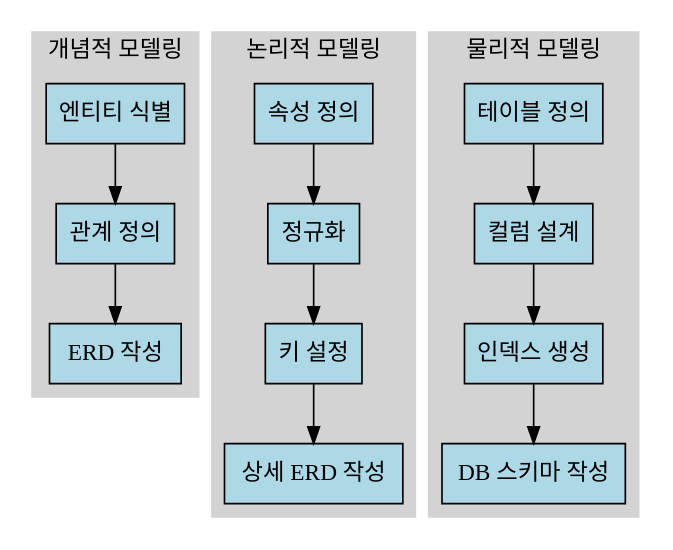
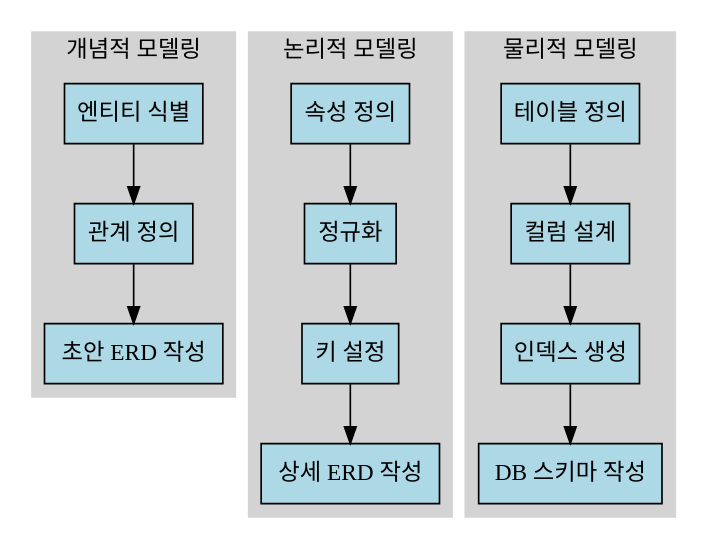
One commit to kmink3225/blog changed the diagram in docs/blog/posts/Governance/4-0.data_model.qmd. Above: the diagram before and after it, drawn with Graphviz. The commit also changed other lines of this file and 43 other files, not shown here.

````diff
--- a/docs/blog/posts/Governance/4-0.data_model.qmd
+++ b/docs/blog/posts/Governance/4-0.data_model.qmd
@@ -66,30 +66,30 @@
 ```{dot}
 digraph G {
     rankdir=TB;
     node [shape=box, style=filled, fillcolor=lightblue];
     
     subgraph cluster_0 {
         label = "개념적 모델링";
         style=filled;
         color=lightgrey;
-        "엔티티 식별" -> "관계 정의" -> "ERD 작성";
+        "엔티티 식별" -> "관계 정의" -> "초안 ERD 작성";
     }
     
     subgraph cluster_1 {
         label = "논리적 모델링";
         style=filled;
         color=lightgrey;
         "속성 정의" -> "정규화" -> "키 설정" -> "상세 ERD 작성";
     }
     
     subgraph cluster_2 {
         label = "물리적 모델링";
         style=filled;
         color=lightgrey;
         "테이블 정의" -> "컬럼 설계" -> "인덱스 생성" -> "DB 스키마 작성";
     }
     
     
 }
 
 ```
````
